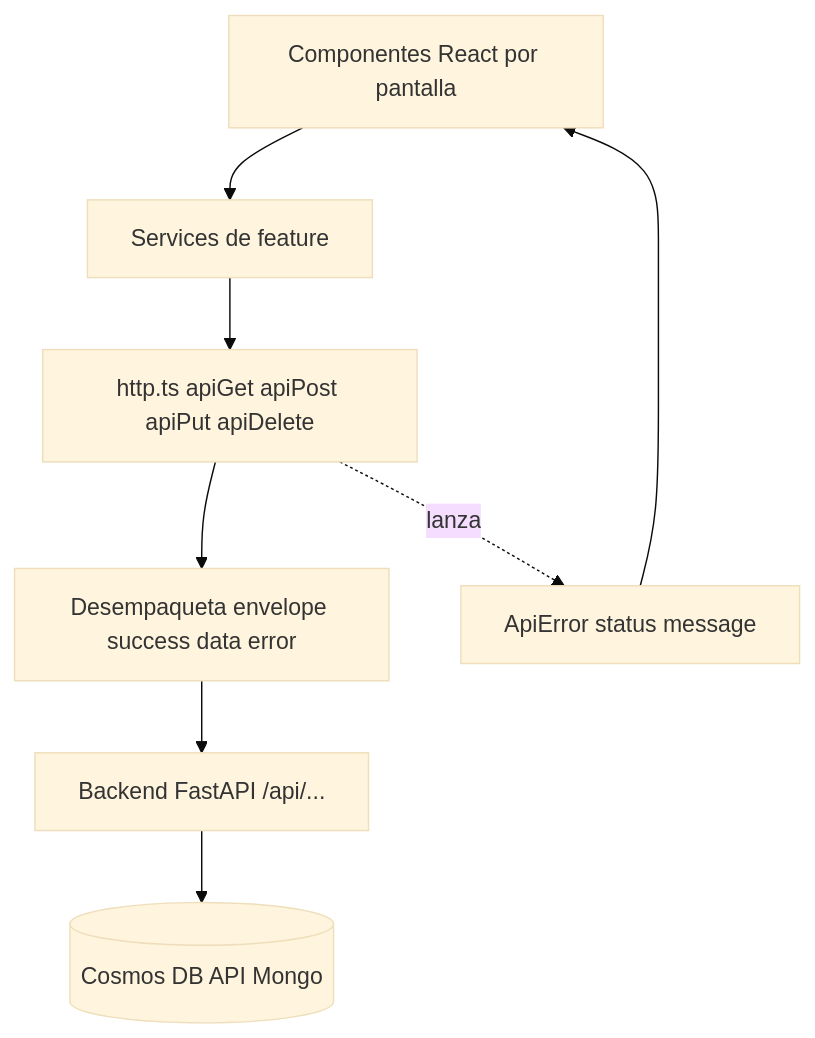
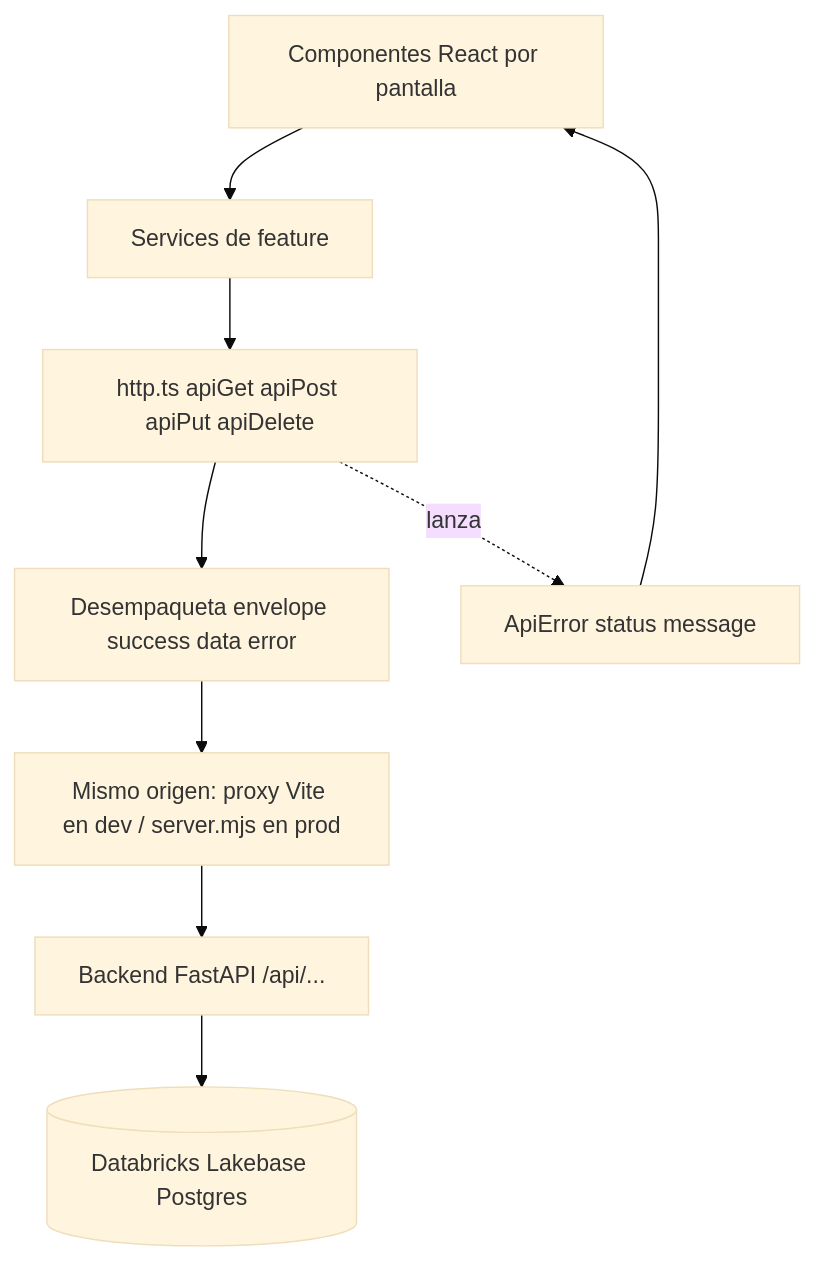
Before and after one commit to Carlosmps97/web-data-model-hub: the first of 5 diagrams in doc/api-reference.md, drawn with Mermaid (base theme). The commit also changed other lines of this file and 8 other files, not shown here.

````diff
--- a/doc/api-reference.md
+++ b/doc/api-reference.md
@@ -19,10 +21,11 @@
 ```mermaid
 flowchart TD
   UI[Componentes React por pantalla] --> SVC[Services de feature]
   SVC --> HTTP[http.ts apiGet apiPost apiPut apiDelete]
   HTTP --> ENV[Desempaqueta envelope success data error]
-  ENV --> API[Backend FastAPI /api/...]
-  API --> DB[(Cosmos DB API Mongo)]
+  ENV --> PRX[Mismo origen: proxy Vite en dev / server.mjs en prod]
+  PRX --> API[Backend FastAPI /api/...]
+  API --> DB[(Databricks Lakebase Postgres)]
   HTTP -. lanza .-> ERR[ApiError status message]
   ERR --> UI
 ```
````
